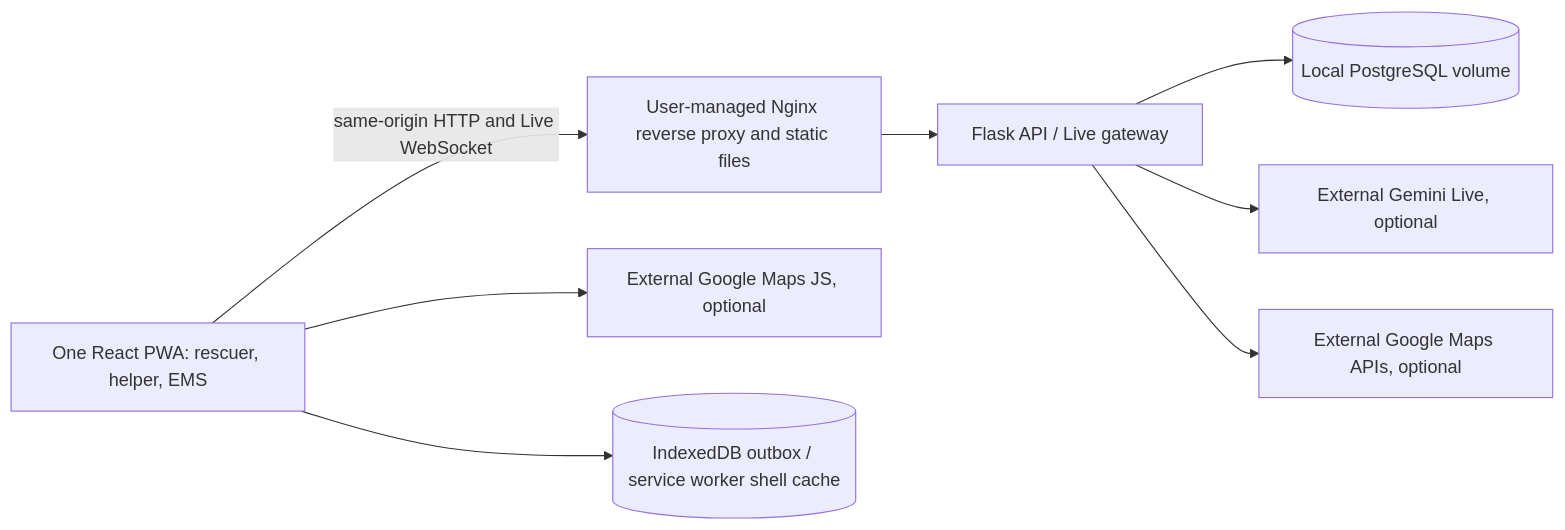
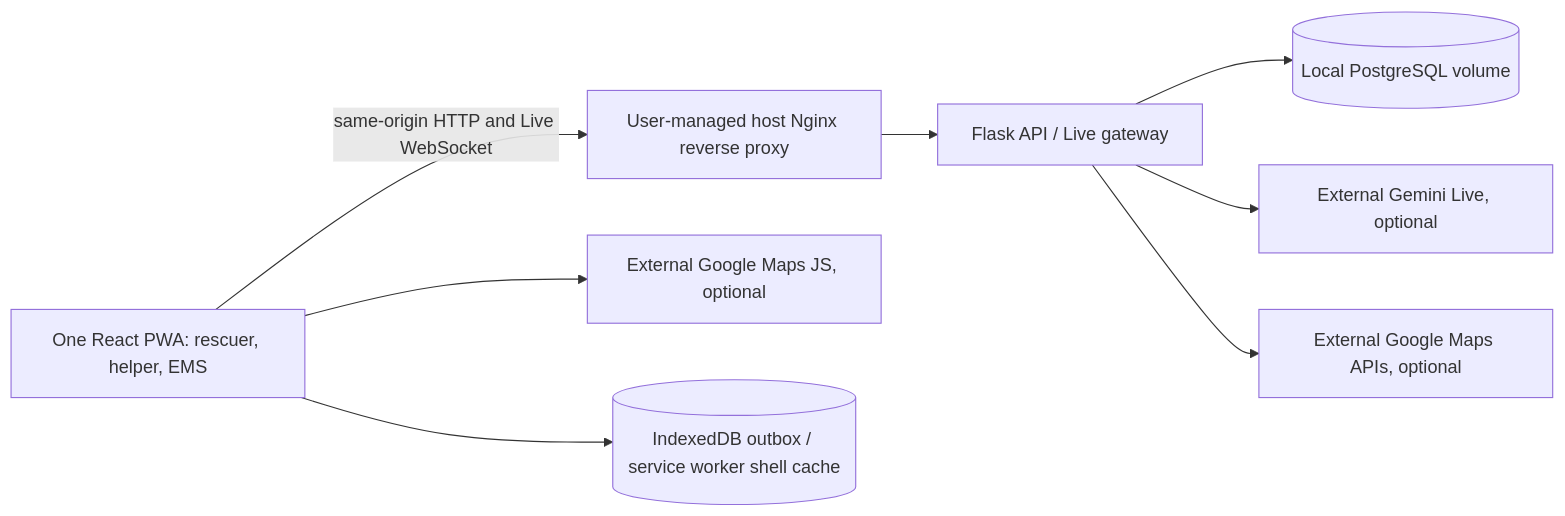
One commit to EricHuang0302/mchackathon changed the first of 2 diagrams in docs/sdd.md. Above: the diagram before and after it, drawn with Mermaid. The commit also changed other lines of this file and 28 other files, not shown here.

````diff
--- a/docs/sdd.md
+++ b/docs/sdd.md
@@ -38,10 +38,10 @@
 ```mermaid
 flowchart LR
-    Browser[One React PWA: rescuer, helper, EMS] -->|same-origin HTTP and Live WebSocket| Nginx[User-managed Nginx reverse proxy and static files]
+    Browser[One React PWA: rescuer, helper, EMS] -->|same-origin HTTP and Live WebSocket| Nginx[User-managed host Nginx reverse proxy]
     Nginx --> API[Flask API / Live gateway]
     API --> DB[(Local PostgreSQL volume)]
     API --> Gemini[External Gemini Live, optional]
     API --> MapsAPI[External Google Maps APIs, optional]
     Browser --> MapsUI[External Google Maps JS, optional]
     Browser --> Local[(IndexedDB outbox / service worker shell cache)]
 ```
````
